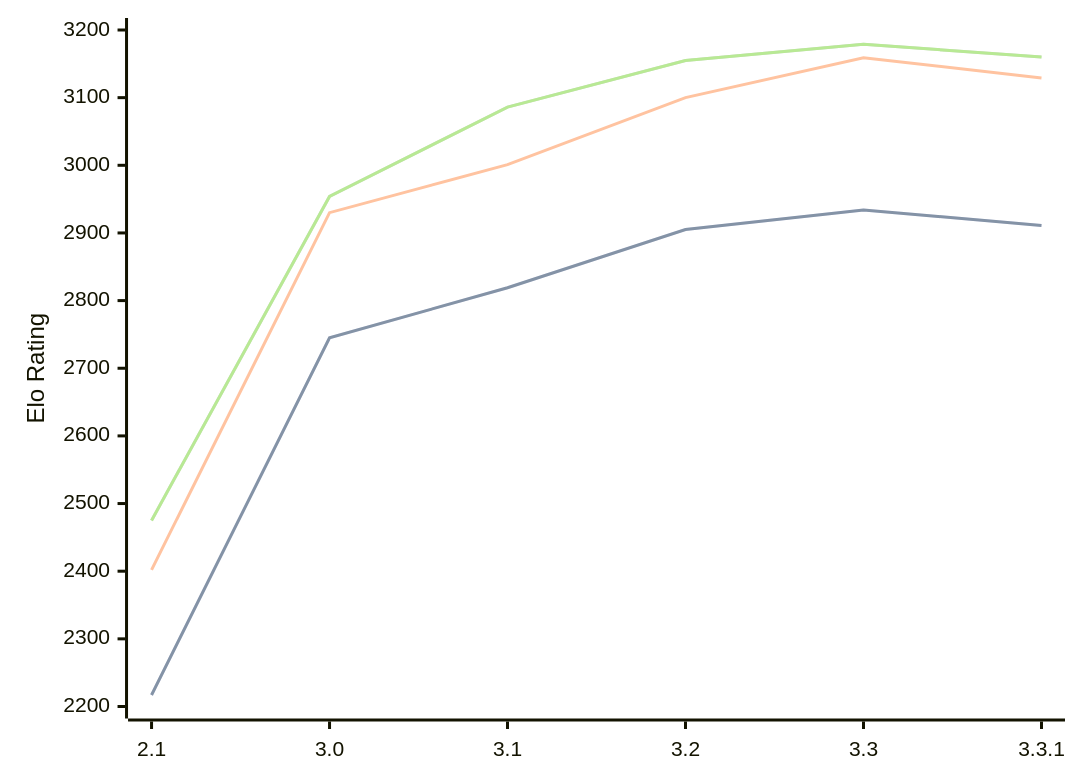
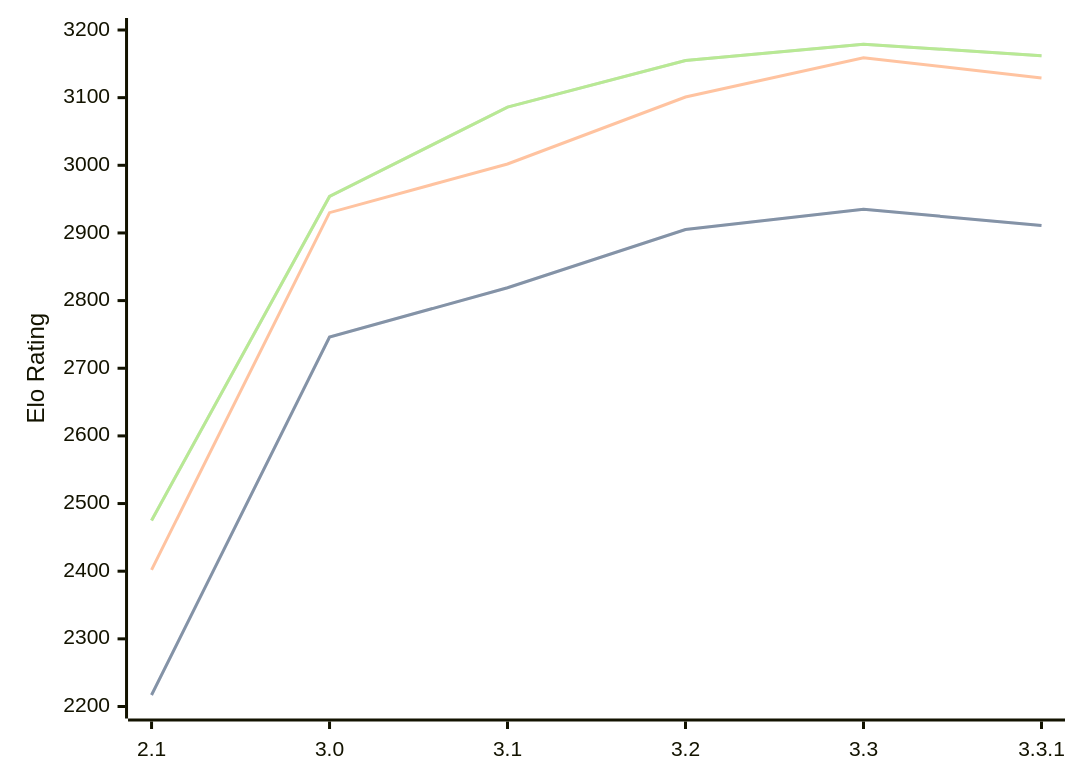
The diagram in engines/Petrel.md (computer-chess-index/cci), drawn with Mermaid before and after one commit. The commit also changed other lines of this file, not shown here.

Commit message:
Update CCI Ratings (ELO VLTC) - 2026-05-21

````diff
--- a/engines/Petrel.md
+++ b/engines/Petrel.md
@@ -45,11 +45,11 @@
 ```mermaid
 %%{init: {"theme":"base","themeVariables":{"seriesColors:['#a3a3a3','#222221','#faa371']}}}%%
 xychart-beta
   x-axis ["2.1", "3.0", "3.1", "3.2", "3.3", "3.3.1"]
   y-axis "Elo Rating" 2200 --> 3200
-  line "STC (8.0+0.08s)" [2217, 2745, 2819, 2905, 2934, 2911]
-  line "STC (8.0+0.08s)" [2217, 2745, 2819, 2905, 2934, 2911]
-  line "LTC (60.0+0.60s)" [2402, 2930, 3001, 3100, 3159, 3129]
-  line "VLTC (2m24s+1.12s)" [2475, 2954, 3086, 3155, 3179, 3160]
-  line "VLTC (2m24s+1.12s)" [2475, 2954, 3086, 3155, 3179, 3160]
+  line "STC (8.0+0.08s)" [2217, 2746, 2819, 2905, 2935, 2911]
+  line "STC (8.0+0.08s)" [2217, 2746, 2819, 2905, 2935, 2911]
+  line "LTC (60.0+0.60s)" [2402, 2930, 3002, 3101, 3159, 3129]
+  line "VLTC (2m24s+1.12s)" [2475, 2954, 3086, 3155, 3179, 3162]
+  line "VLTC (2m24s+1.12s)" [2475, 2954, 3086, 3155, 3179, 3162]
 ```
````
